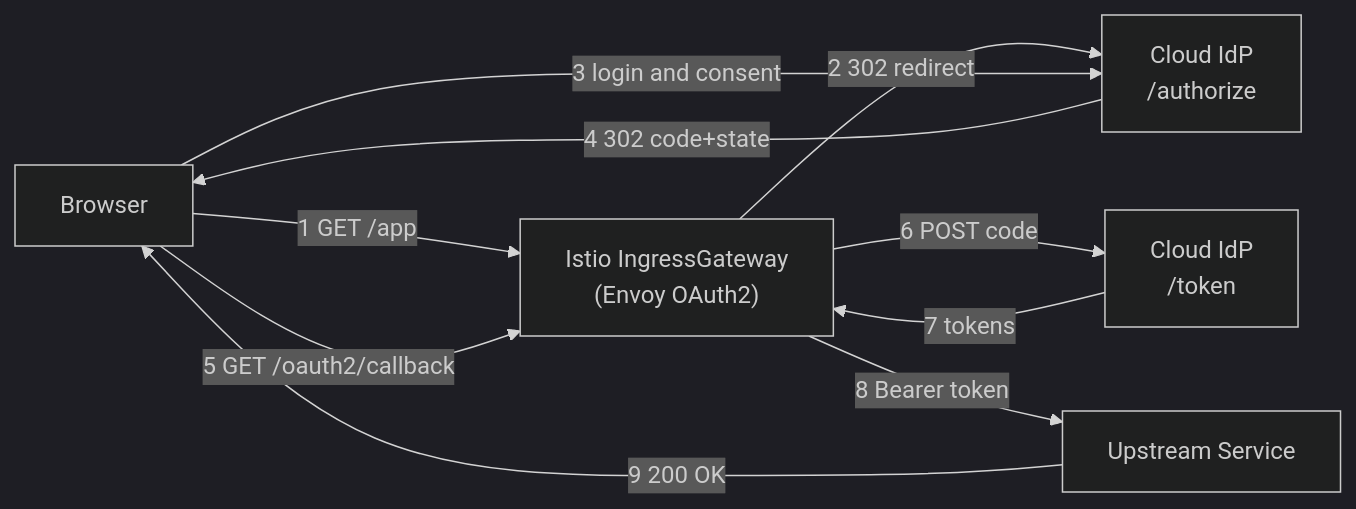
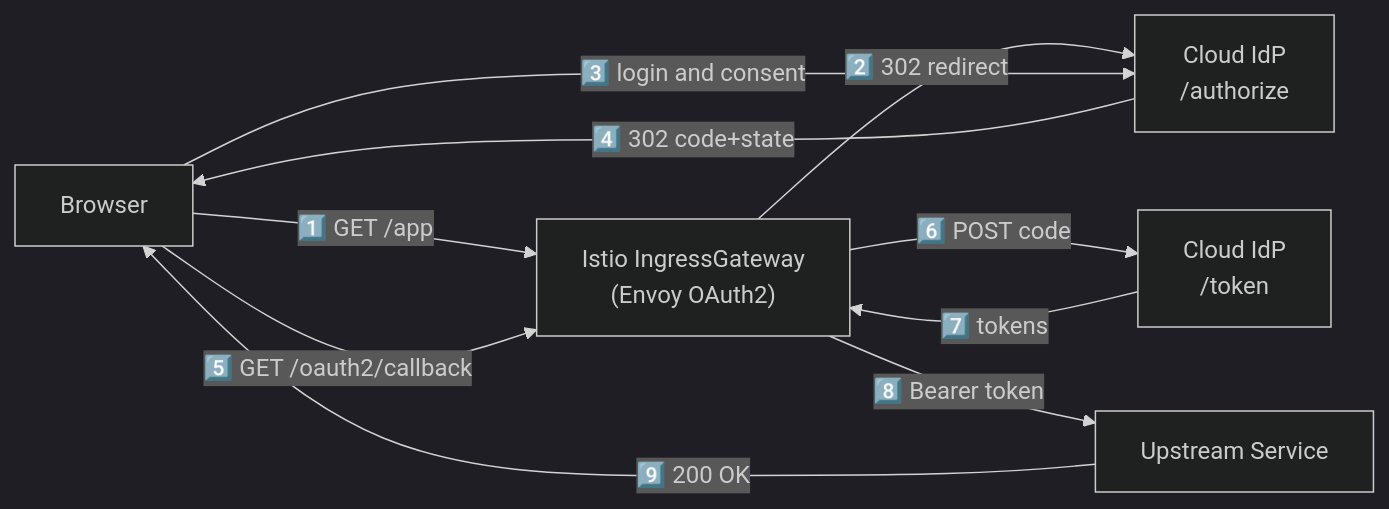
The seventh of 8 diagrams in SUBSYSTEM_DESIGN.md (aavq/3qi), drawn with Mermaid (dark theme) before and after one commit. The commit also changed other lines of this file, not shown here.

````diff
--- a/SUBSYSTEM_DESIGN.md
+++ b/SUBSYSTEM_DESIGN.md
@@ -117,18 +117,18 @@
 ```mermaid
 flowchart LR
     Browser[Browser]
     Gateway["Istio IngressGateway<br/>(Envoy OAuth2)"]
     IdPAuth["Cloud IdP<br/>/authorize"]
     IdPToken["Cloud IdP<br/>/token"]
     Service[Upstream Service]
 
-    Browser-->|"1 GET /app"|Gateway
-    Gateway-->|"2 302 redirect"|IdPAuth
-    Browser-->|"3 login and consent"|IdPAuth
-    IdPAuth-->|"4 302 code+state"|Browser
-    Browser-->|"5 GET /oauth2/callback"|Gateway
-    Gateway-->|"6 POST code"|IdPToken
-    IdPToken-->|"7 tokens"|Gateway
-    Gateway-->|"8 Bearer token"|Service
-    Service-->|"9 200 OK"|Browser
+    Browser-->|"1️⃣ GET /app"|Gateway
+    Gateway-->|"2️⃣ 302 redirect"|IdPAuth
+    Browser-->|"3️⃣ login and consent"|IdPAuth
+    IdPAuth-->|"4️⃣ 302 code+state"|Browser
+    Browser-->|"5️⃣ GET /oauth2/callback"|Gateway
+    Gateway-->|"6️⃣ POST code"|IdPToken
+    IdPToken-->|"7️⃣ tokens"|Gateway
+    Gateway-->|"8️⃣ Bearer token"|Service
+    Service-->|"9️⃣ 200 OK"|Browser
 ```
````
